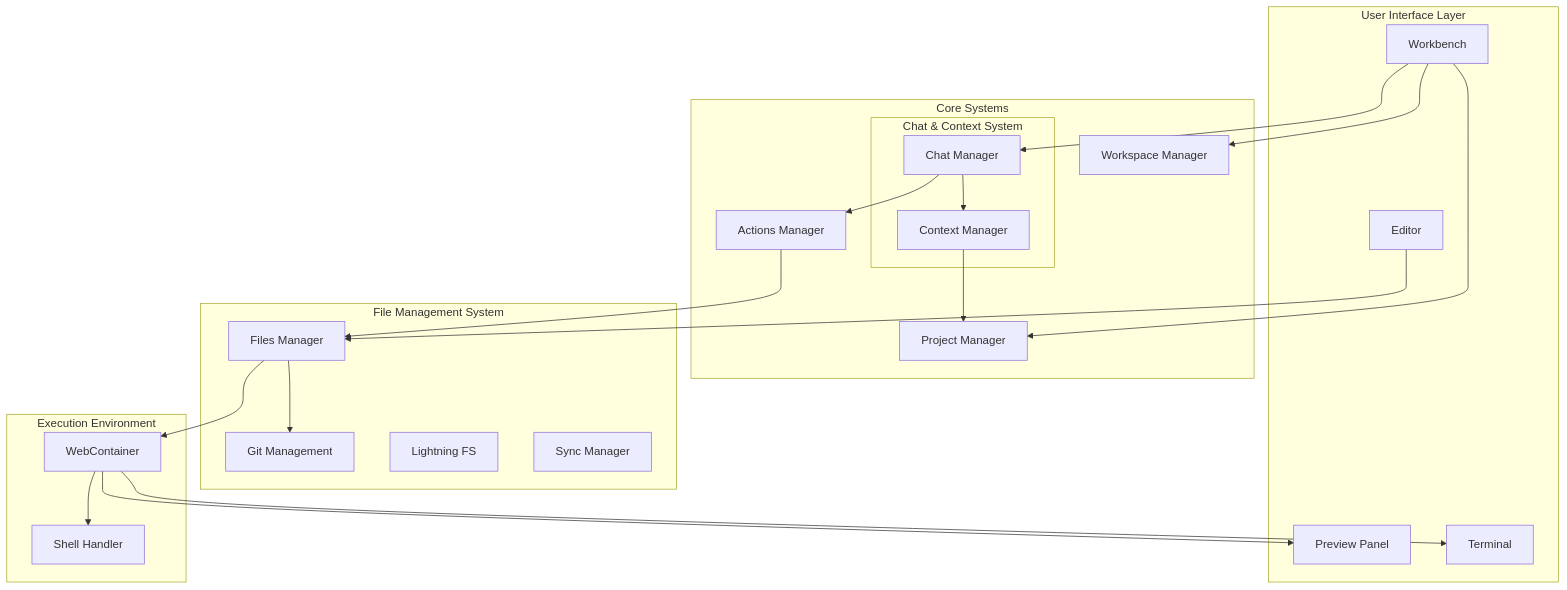
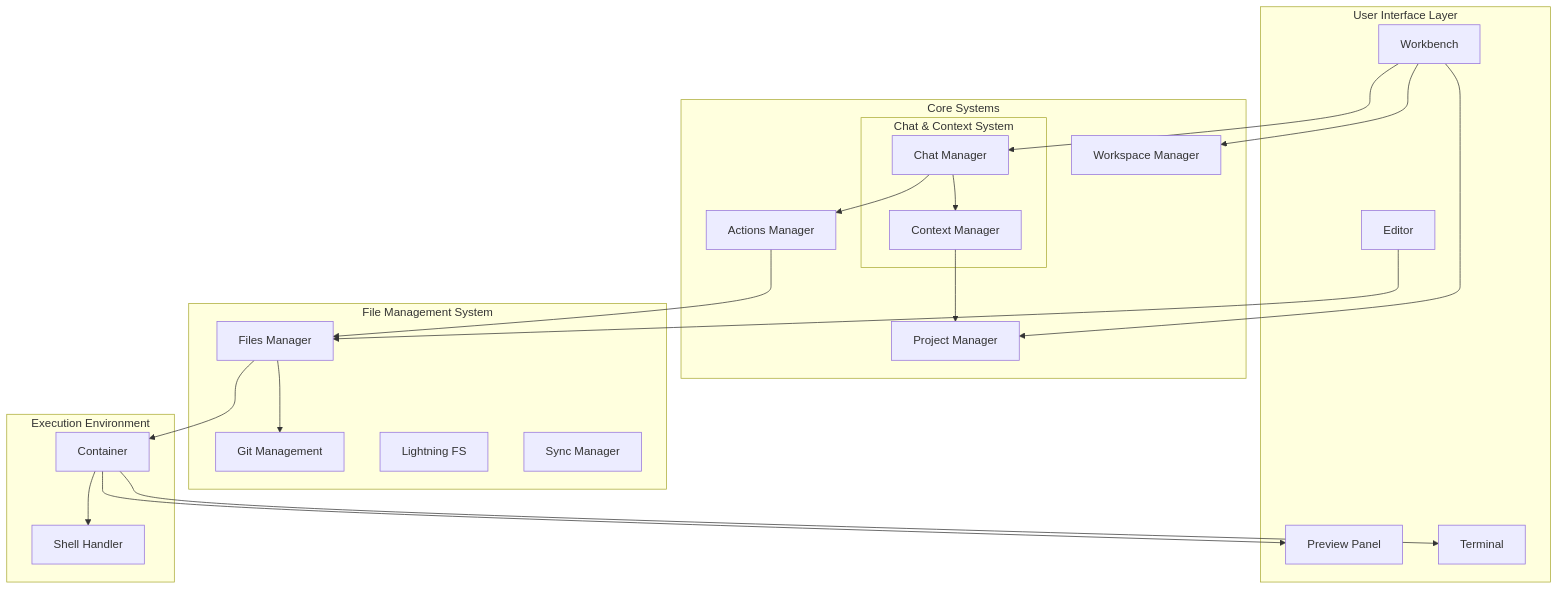
Before and after one commit to mrsimpson/piddie: the first of 3 diagrams in docs/arc42-architecture.md, drawn with Mermaid. The commit also changed other lines of this file and 2 other files, not shown here.

Commit message:
Architecture: Abstract Runtime Environment

````diff
--- a/docs/arc42-architecture.md
+++ b/docs/arc42-architecture.md
@@ -45,50 +45,50 @@
 ```mermaid
 graph TD
     subgraph "User Interface Layer"
         UI[Workbench]
         ED[Editor]
         PV[Preview Panel]
         TR[Terminal]
     end
 
     subgraph "Core Systems"
         subgraph "Chat & Context System"
             CHM[Chat Manager]
             CM[Context Manager]
         end
         PM[Prompt Manager]
         AM[Actions Manager]
         WM[Workspace Manager]
         PM[Project Manager]
     end
 
     subgraph "File Management System"
         FM[Files Manager]
         GIT[Git Management]
         LS[Lightning FS]
         SW[Sync Manager]
     end
 
     subgraph "Execution Environment"
-        WC[WebContainer]
+        WC[Container]
         SH[Shell Handler]
     end
 
     UI --> CHM
     UI --> WM
     UI --> PM
     ED --> FM
     
     CHM --> CM
     CM --> PM
     CHM --> AM
     AM --> FM
     
     FM --> WC
     FM --> GIT
     
     WC --> SH
     WC --> PV
     WC --> TR
 
 ```
````
